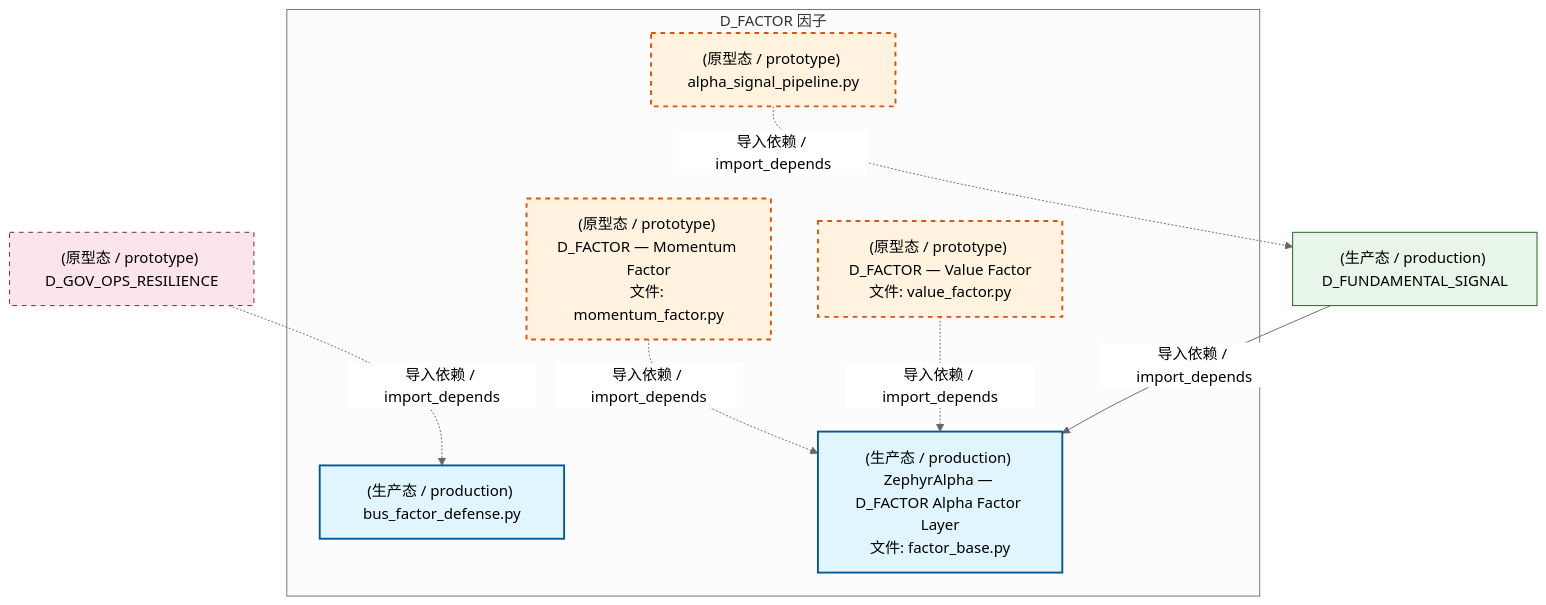
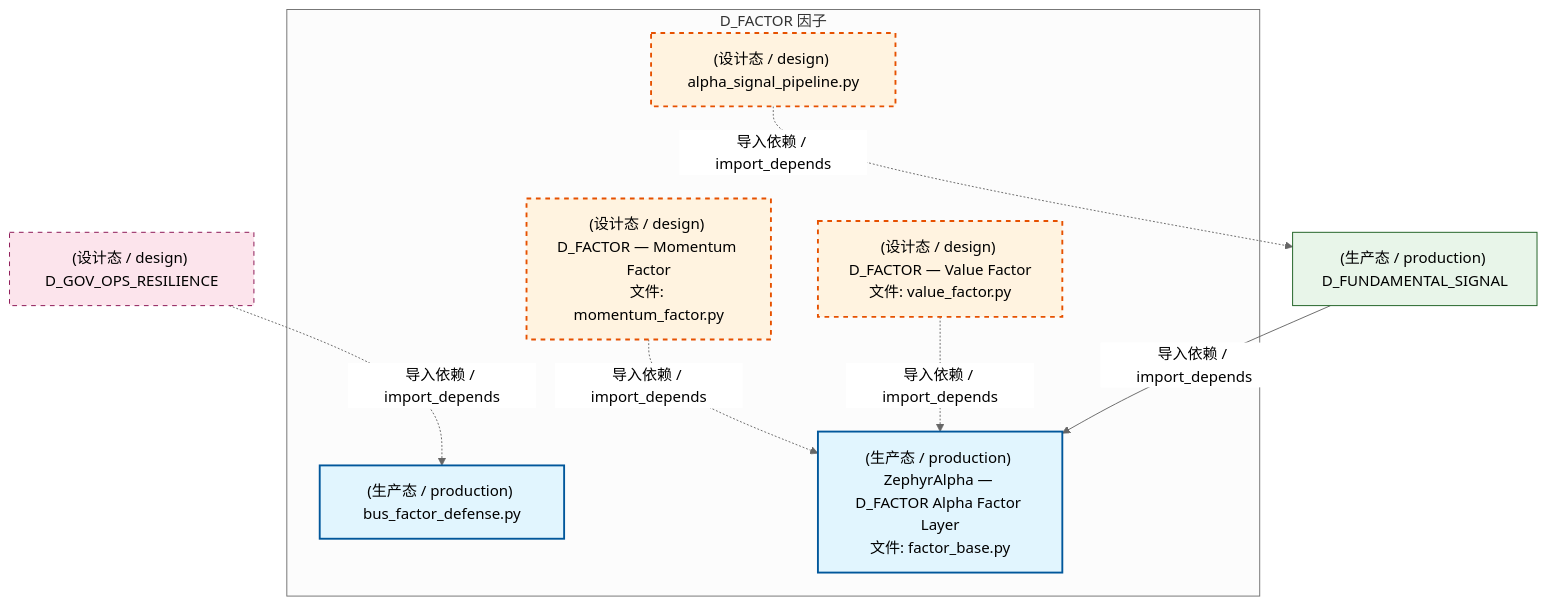
Before and after one commit to xuanFelixVan/ZephyrAlpha: the first of 4 diagrams in docs/02_enterprise_architecture/02_domain_architecture_docs/36_d_factor.md, drawn with Mermaid (neutral theme). The commit also changed other lines of this file and 177 other files, not shown here.

````diff
--- a/docs/02_enterprise_architecture/02_domain_architecture_docs/36_d_factor.md
+++ b/docs/02_enterprise_architecture/02_domain_architecture_docs/36_d_factor.md
@@ -72,25 +71,25 @@
 ```mermaid
 graph TD
     subgraph D_FACTOR["D_FACTOR 因子"]
-        src_zephyr_factor_alpha_signal_pipeline_py["(原型态 / prototype) alpha_signal_pipeline.py"]
+        src_zephyr_factor_alpha_signal_pipeline_py["(设计态 / design) alpha_signal_pipeline.py"]
         src_zephyr_factor_bus_factor_defense_py["(生产态 / production) bus_factor_defense.py"]
         src_zephyr_factor_factor_base_py["(生产态 / production) ZephyrAlpha — D_FACTOR Alpha Factor Layer<br/>文件: factor_base.py"]
-        src_zephyr_factor_momentum_factor_py["(原型态 / prototype) D_FACTOR — Momentum Factor<br/>文件: momentum_factor.py"]
-        src_zephyr_factor_value_factor_py["(原型态 / prototype) D_FACTOR — Value Factor<br/>文件: value_factor.py"]
+        src_zephyr_factor_momentum_factor_py["(设计态 / design) D_FACTOR — Momentum Factor<br/>文件: momentum_factor.py"]
+        src_zephyr_factor_value_factor_py["(设计态 / design) D_FACTOR — Value Factor<br/>文件: value_factor.py"]
     end
     src_zephyr_factor_momentum_factor_py -.->|导入依赖 / import_depends| src_zephyr_factor_factor_base_py
     src_zephyr_factor_value_factor_py -.->|导入依赖 / import_depends| src_zephyr_factor_factor_base_py
     D_FUNDAMENTAL_SIGNAL["(生产态 / production) D_FUNDAMENTAL_SIGNAL"]
     src_zephyr_factor_alpha_signal_pipeline_py -.->|导入依赖 / import_depends| D_FUNDAMENTAL_SIGNAL
     D_FUNDAMENTAL_SIGNAL -->|导入依赖 / import_depends| src_zephyr_factor_factor_base_py
-    D_GOV_OPS_RESILIENCE["(原型态 / prototype) D_GOV_OPS_RESILIENCE"]
+    D_GOV_OPS_RESILIENCE["(设计态 / design) D_GOV_OPS_RESILIENCE"]
     D_GOV_OPS_RESILIENCE -.->|导入依赖 / import_depends| src_zephyr_factor_bus_factor_defense_py
     classDef production fill:#e1f5fe,stroke:#01579b,stroke-width:2px,color:#000
     classDef design fill:#fff3e0,stroke:#e65100,stroke-width:2px,color:#000,stroke-dasharray: 5 5
     classDef external_prod fill:#e8f5e9,stroke:#1b5e20,stroke-width:1px,color:#000
     classDef external_design fill:#fce4ec,stroke:#880e4f,stroke-width:1px,color:#000,stroke-dasharray: 5 5
     class src_zephyr_factor_bus_factor_defense_py,src_zephyr_factor_factor_base_py production
     class src_zephyr_factor_alpha_signal_pipeline_py,src_zephyr_factor_momentum_factor_py,src_zephyr_factor_value_factor_py design
     class D_FUNDAMENTAL_SIGNAL external_prod
     class D_GOV_OPS_RESILIENCE external_design
 ```
````
